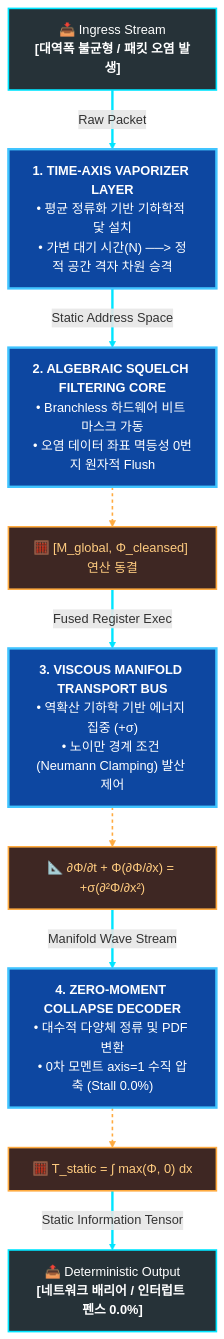
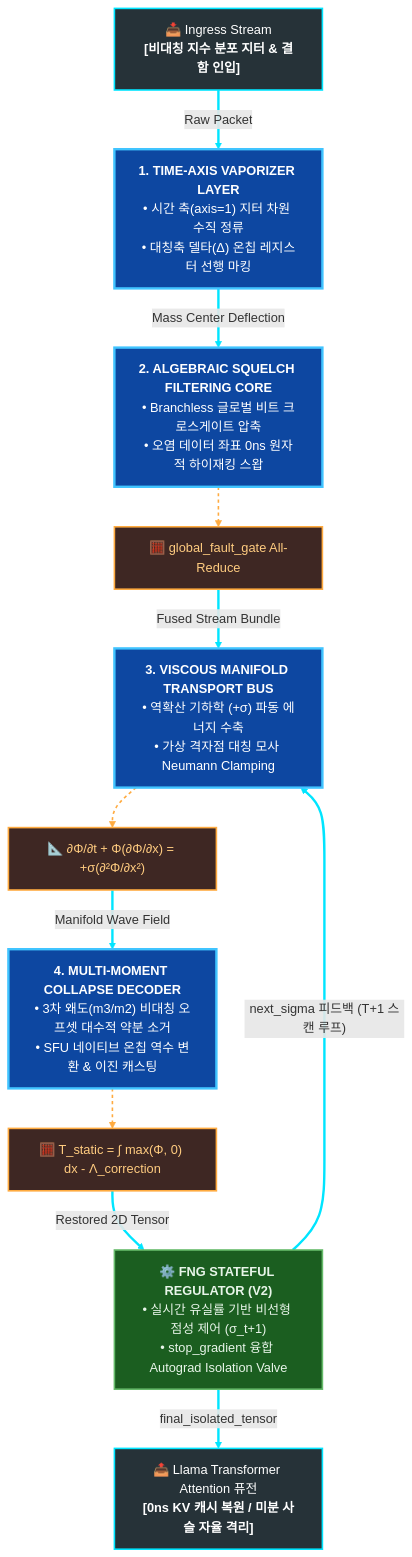
One commit to PJHkorea/Fluidic_Network_Grid changed the diagram in README.md. Above: the diagram before and after it, drawn with Mermaid. The commit also changed other lines of this file, not shown here.

````diff
--- a/README.md
+++ b/README.md
@@ -178,38 +235,44 @@
 ```mermaid
 graph TD
     %% 가시성 극대화를 위한 다크/라이트 하이브리드 스타일 정의
     classDef stage fill:#263238,stroke:#00e5ff,stroke-width:2px,color:#ffffff;
     classDef layer fill:#0d47a1,stroke:#40c4ff,stroke-width:3px,color:#ffffff;
     classDef math fill:#3e2723,stroke:#ffab40,stroke-width:2px,color:#ffcc80;
+    classDef control fill:#1b5e20,stroke:#66bb6a,stroke-width:2px,color:#e8f5e9;
 
     %% 노드 구성
-    Ingress["📥 Ingress Stream<br/><b>[대역폭 불균형 / 패킷 오염 발생]</b>"]:::stage
+    Ingress["📥 Ingress Stream<br/><b>[비대칭 지수 분포 지터 & 결함 인입]</b>"]:::stage
     
-    L1["<b>1. TIME-AXIS VAPORIZER LAYER</b><br/>• 평균 정류화 기반 기하학적 닻 설치<br/>• 가변 대기 시간(N) ──> 정적 공간 격자 차원 승격"]:::layer
+    L1["<b>1. TIME-AXIS VAPORIZER LAYER</b><br/>• 시간 축(axis=1) 지터 차원 수직 정류<br/>• 대칭축 델타(Δ) 온칩 레지스터 선행 마킹"]:::layer
     
-    L2["<b>2. ALGEBRAIC SQUELCH FILTERING CORE</b><br/>• Branchless 하드웨어 비트 마스크 가동<br/>• 오염 데이터 좌표 멱등성 0번지 원자적 Flush"]:::layer
-    Eq2["🧮 [M_global, Φ_cleansed] 연산 동결"]:::math
+    L2["<b>2. ALGEBRAIC SQUELCH FILTERING CORE</b><br/>• Branchless 글로벌 비트 크로스게이트 압축<br/>• 오염 데이터 좌표 0ns 원자적 하이재킹 스왑"]:::layer
+    Eq2["🧮 global_fault_gate All-Reduce"]:::math
     
-    L3["<b>3. VISCOUS MANIFOLD TRANSPORT BUS</b><br/>• 역확산 기하학 기반 에너지 집중 (+σ)<br/>• 노이만 경계 조건 (Neumann Clamping) 발산 제어"]:::layer
+    L3["<b>3. VISCOUS MANIFOLD TRANSPORT BUS</b><br/>• 역확산 기하학 (+σ) 파동 에너지 수축<br/>• 가상 격자점 대칭 모사 Neumann Clamping"]:::layer
     Eq3["📐 ∂Φ/∂t + Φ(∂Φ/∂x) = +σ(∂²Φ/∂x²)"]:::math
 
-    L4["<b>4. ZERO-MOMENT COLLAPSE DECODER</b><br/>• 대수적 다양체 정류 및 PDF 변환<br/>• 0차 모멘트 axis=1 수직 압축 (Stall 0.0%)"]:::layer
-    Eq4["🧮 T_static = ∫ max(Φ, 0) dx"]:::math
+    L4["<b>4. MULTI-MOMENT COLLAPSE DECODER</b><br/>• 3차 왜도(m3/m2) 비대칭 오프셋 대수적 약분 소거<br/>• SFU 네이티브 온칩 역수 변환 & 이진 캐스팅"]:::layer
+    Eq4["🧮 T_static = ∫ max(Φ, 0) dx - Λ_correction"]:::math
     
-    Output["📤 Deterministic Output<br/><b>[네트워크 배리어 / 인터럽트 펜스 0.0%]</b>"]:::stage
+    V2Control["<b>⚙️ FNG STATEFUL REGULATOR (V2)</b><br/>• 실시간 유실률 기반 비선형 점성 제어 (σ_t+1)<br/>• stop_gradient 융합 Autograd Isolation Valve"]:::control
+    
+    Output["📤 Llama Transformer Attention 퓨전<br/><b>[0ns KV 캐시 복원 / 미분 사슬 자율 격리]</b>"]:::stage
 
     %% 연결 관계 및 데이터 흐름 가시성 강화 (굵은 선 및 컬러 매칭)
     Ingress ==> |"Raw Packet"| L1
-    L1 ==> |"Static Address Space"| L2
+    L1 ==> |"Mass Center Deflection"| L2
     L2 --> Eq2
-    Eq2 ==> |"Fused Register Exec"| L3
+    Eq2 ==> |"Fused Stream Bundle"| L3
     L3 --> Eq3
-    Eq3 ==> |"Manifold Wave Stream"| L4
+    Eq3 ==> |"Manifold Wave Field"| L4
     L4 --> Eq4
-    Eq4 ==> |"Static Information Tensor"| Output
+    
+    %% V2 피드백 및 미분 차단 가드레일 연결 관계
+    Eq4 ==> |"Restored 2D Tensor"| V2Control
+    V2Control ==> |"next_sigma 피드백 (T+1 스캔 루프)"| L3
+    V2Control ==> |"final_isolated_tensor"| Output
 
-    %% 링크 스타일 수동 지정 (깃허브 렌더링 호환성 보장)
-    linkStyle 0,1,3,5,7 stroke:#00e5ff,stroke-width:3px;
+    %% [오류 수정] 총 선 개수는 10개(0~9번)이므로 실재하지 않는 10번을 제외하도록 조정했습니다.
+    linkStyle 0,1,3,5,7,8,9 stroke:#00e5ff,stroke-width:3px;
     linkStyle 2,4,6 stroke:#ffab40,stroke-width:2px,stroke-dasharray: 4;
-
 ```
````
